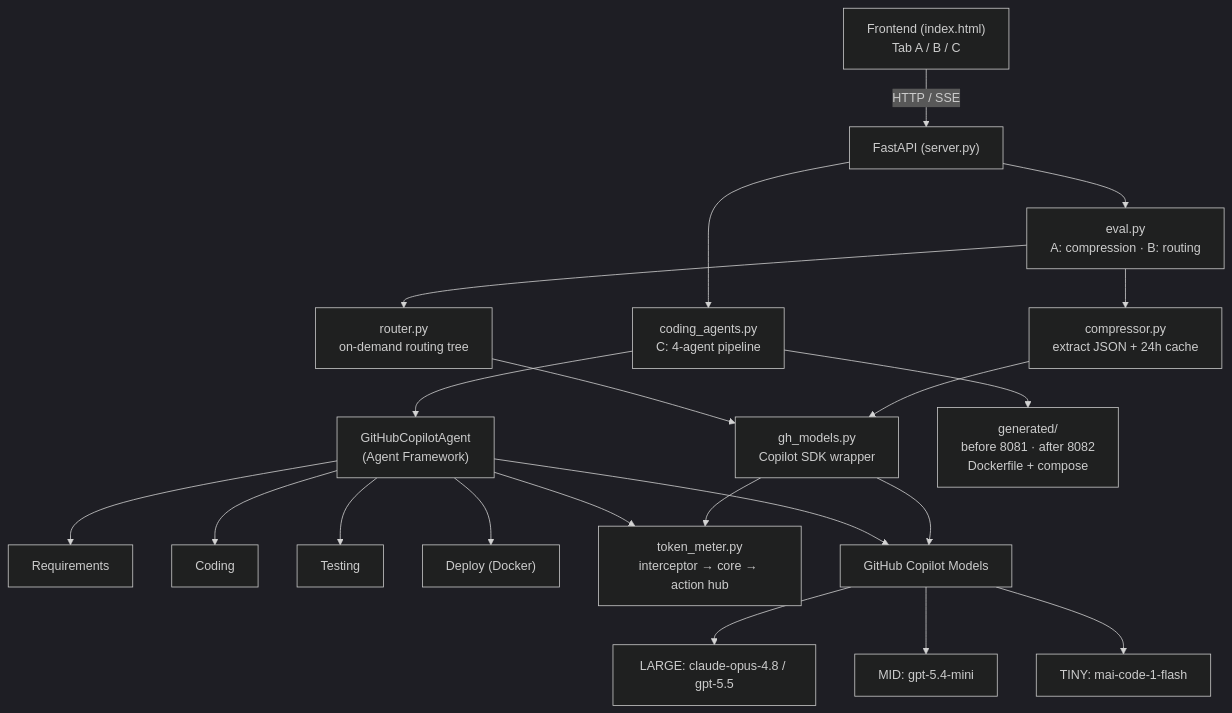
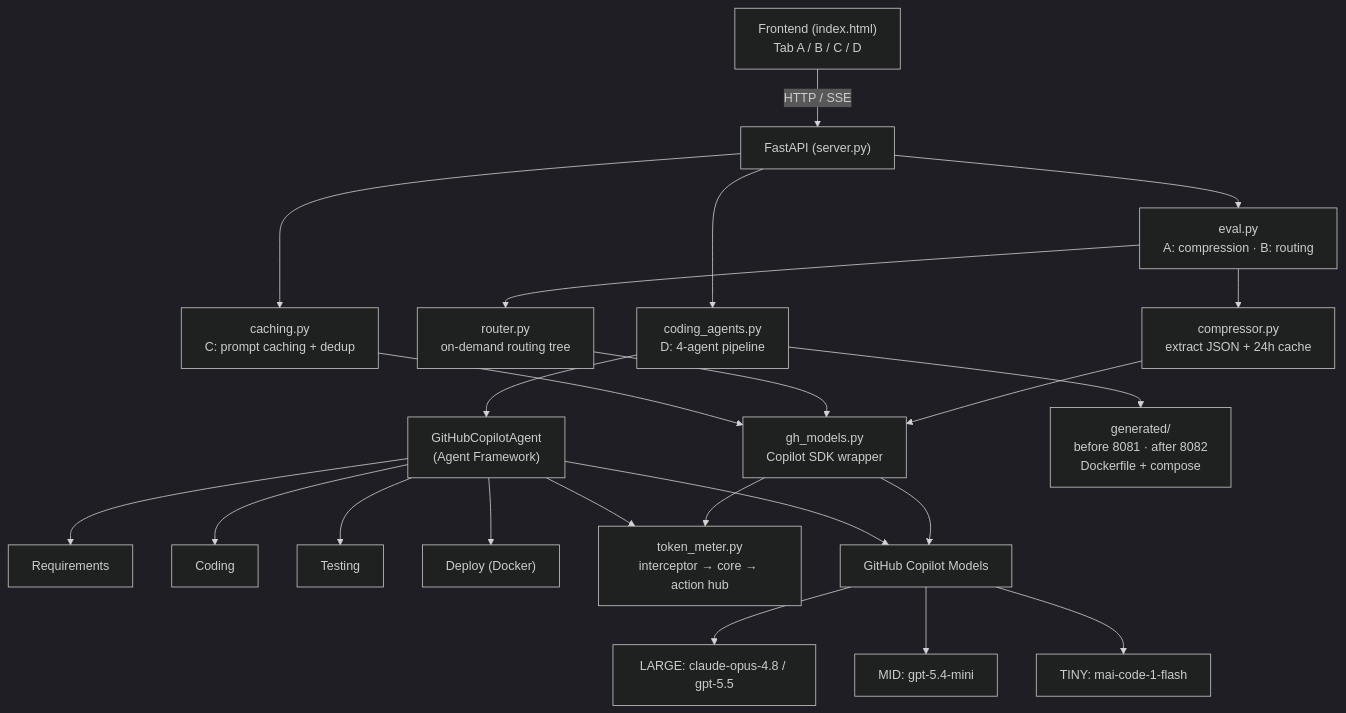
The diagram in README.md (kinfey/EvalAgentic), drawn with Mermaid (dark theme) before and after one commit. The commit also changed other lines of this file and 4 other files, not shown here.

Commit message:
Add prompt caching

````diff
--- a/README.md
+++ b/README.md
@@ -31,29 +31,31 @@
 ```mermaid
 flowchart TD
-    UI["Frontend (index.html)<br/>Tab A / B / C"] -->|HTTP / SSE| API["FastAPI (server.py)"]
+    UI["Frontend (index.html)<br/>Tab A / B / C / D"] -->|HTTP / SSE| API["FastAPI (server.py)"]
 
     API --> EVAL["eval.py<br/>A: compression · B: routing"]
-    API --> CODE["coding_agents.py<br/>C: 4-agent pipeline"]
+    API --> CACHE["caching.py<br/>C: prompt caching + dedup"]
+    API --> CODE["coding_agents.py<br/>D: 4-agent pipeline"]
 
     EVAL --> COMP["compressor.py<br/>extract JSON + 24h cache"]
     EVAL --> ROUTE["router.py<br/>on-demand routing tree"]
 
     COMP --> GHM["gh_models.py<br/>Copilot SDK wrapper"]
     ROUTE --> GHM
+    CACHE --> GHM
 
     CODE --> AF["GitHubCopilotAgent<br/>(Agent Framework)"]
     AF --> A1["Requirements"]
     AF --> A2["Coding"]
     AF --> A3["Testing"]
     AF --> A4["Deploy (Docker)"]
     CODE --> GEN["generated/<br/>before 8081 · after 8082<br/>Dockerfile + compose"]
 
     GHM --> TM["token_meter.py<br/>interceptor → core → action hub"]
     AF --> TM
 
     GHM --> MODELS["GitHub Copilot Models"]
     AF --> MODELS
     MODELS --> M1["LARGE: claude-opus-4.8 / gpt-5.5"]
     MODELS --> M2["MID: gpt-5.4-mini"]
     MODELS --> M3["TINY: mai-code-1-flash"]
 ```
````
